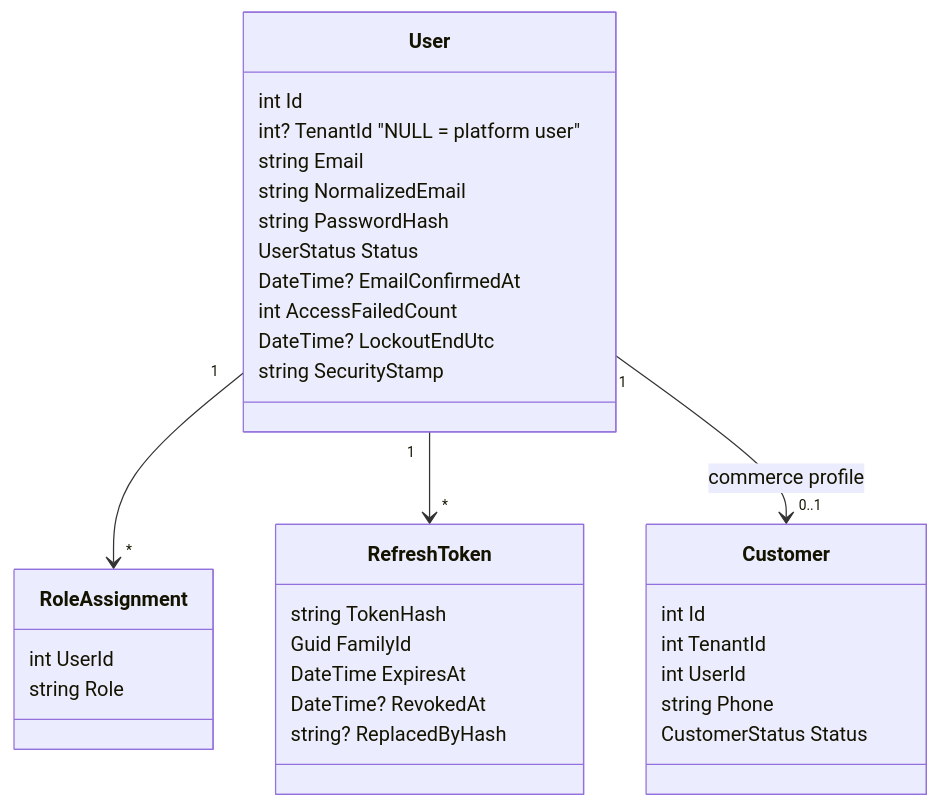
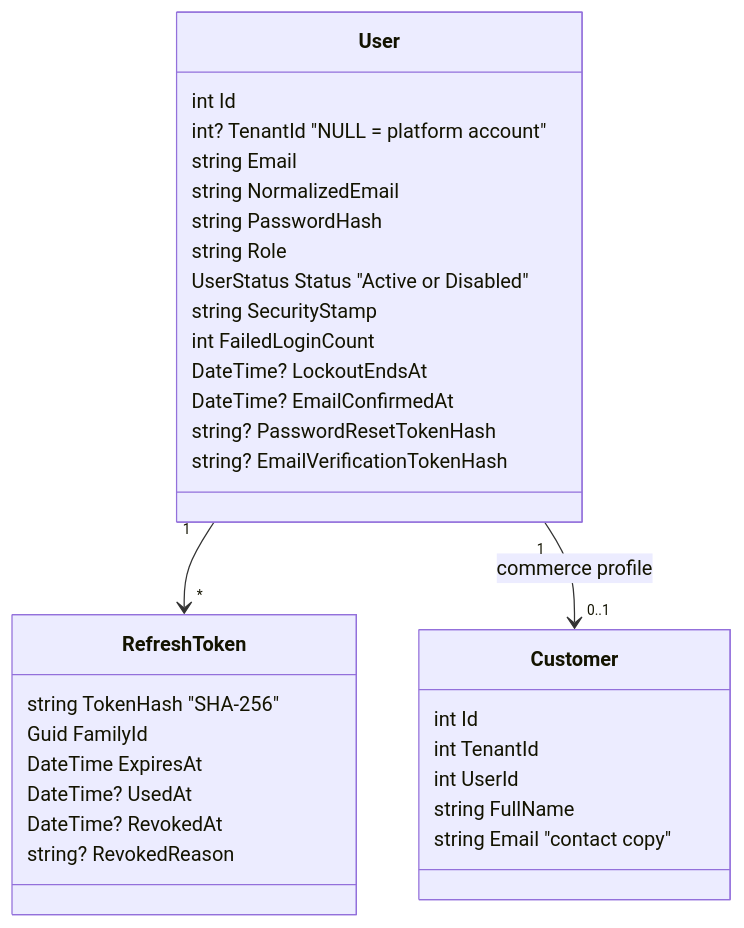
The diagram in docs/AuthenticationAndAuthorization.md (Aws03/Souq), drawn with Mermaid before and after one commit. The commit also changed other lines of this file and 127 other files, not shown here.

````diff
--- a/docs/AuthenticationAndAuthorization.md
+++ b/docs/AuthenticationAndAuthorization.md
@@ -26,36 +7,35 @@
 ```mermaid
 classDiagram
     class User {
         int Id
-        int? TenantId  "NULL = platform user"
+        int? TenantId  "NULL = platform account"
         string Email
         string NormalizedEmail
         string PasswordHash
-        UserStatus Status
+        string Role
+        UserStatus Status  "Active or Disabled"
+        string SecurityStamp
+        int FailedLoginCount
+        DateTime? LockoutEndsAt
         DateTime? EmailConfirmedAt
-        int AccessFailedCount
-        DateTime? LockoutEndUtc
-        string SecurityStamp
-    }
-    class RoleAssignment {
-        int UserId
-        string Role
+        string? PasswordResetTokenHash
+        string? EmailVerificationTokenHash
     }
     class RefreshToken {
-        string TokenHash
+        string TokenHash  "SHA-256"
         Guid FamilyId
         DateTime ExpiresAt
+        DateTime? UsedAt
         DateTime? RevokedAt
-        string? ReplacedByHash
+        string? RevokedReason
     }
     class Customer {
         int Id
         int TenantId
         int UserId
-        string Phone
-        CustomerStatus Status
+        string FullName
+        string Email  "contact copy"
     }
-    User "1" --> "*" RoleAssignment
     User "1" --> "*" RefreshToken
     User "1" --> "0..1" Customer : commerce profile
 ```
````
